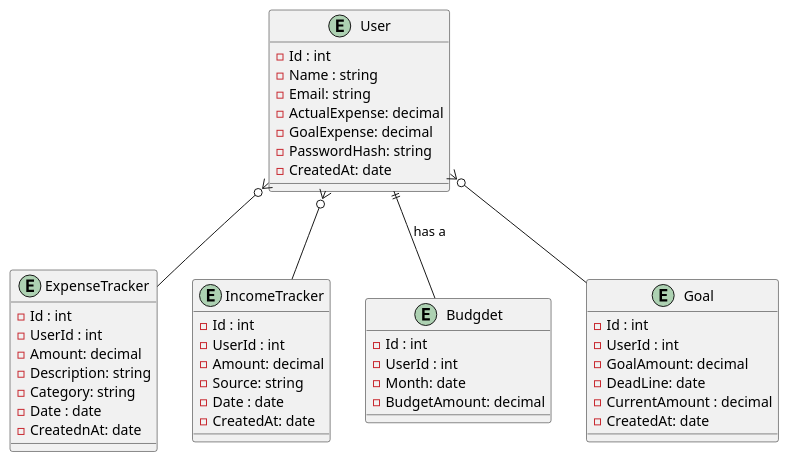
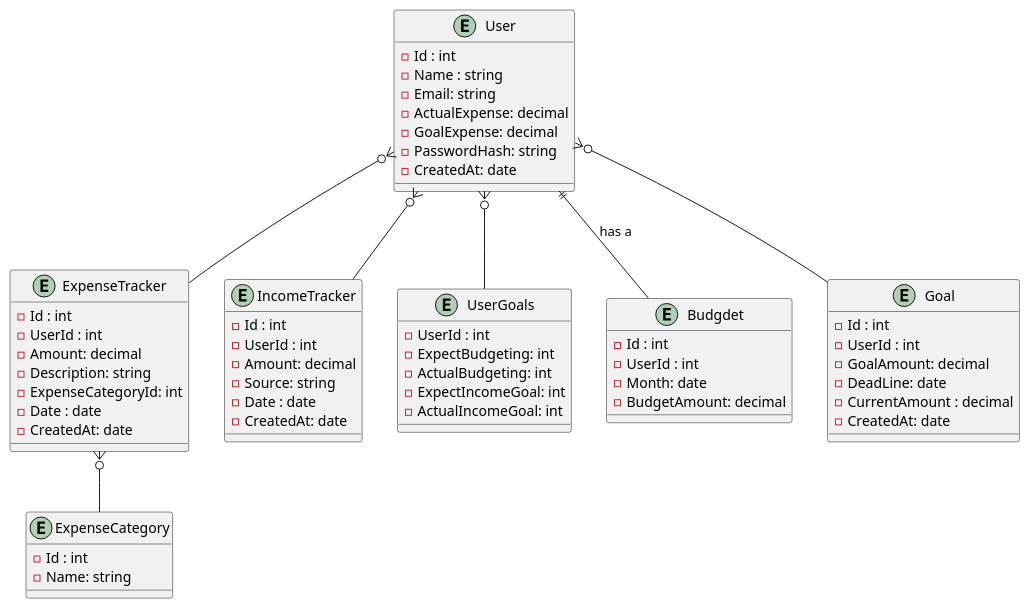
One commit to programacion-6/ExPenSeTraCkerGroUpSiX changed the diagram in docs/dbDesign.puml. Above: the diagram before and after it, drawn with PlantUML.

Commit message:
feat: add second version of db diagram from uml

```diff
--- a/docs/dbDesign.puml
+++ b/docs/dbDesign.puml
@@ -1,56 +1,71 @@
 @startuml title Data base design
 
     entity User {
     - Id : int
     - Name : string
     - Email: string
     - ActualExpense: decimal
     - GoalExpense: decimal
     - PasswordHash: string
     - CreatedAt: date
     }
   
     
     entity ExpenseTracker {
     - Id : int
     - UserId : int
     - Amount: decimal
     - Description: string
-    - Category: string
+    - ExpenseCategoryId: int
     - Date : date
-    - CreatednAt: date
+    - CreatedAt: date
     }
     
     entity IncomeTracker {
     - Id : int
     - UserId : int
     - Amount: decimal
     - Source: string
     - Date : date
     - CreatedAt: date
+    }
+
+    entity ExpenseCategory {
+    - Id : int
+    - Name: string
+    }
+
+    entity UserGoals {
+    - UserId : int
+    - ExpectBudgeting: int
+    - ActualBudgeting: int
+    - ExpectIncomeGoal: int
+    - ActualIncomeGoal: int
     }
     
     entity Budgdet {
     - Id : int
     - UserId : int
     - Month: date
     - BudgetAmount: decimal
     }
     
     entity Goal {
     - Id : int
     - UserId : int
     - GoalAmount: decimal
     - DeadLine: date
     - CurrentAmount : decimal
     - CreatedAt: date
     }
  
  
 User }o-- ExpenseTracker
 User }o-- IncomeTracker 
+User }o-- UserGoals 
+ExpenseTracker }o-- ExpenseCategory 
 User ||-- Budgdet : has a
 User }o-- Goal 
 
 
 @enduml
```
